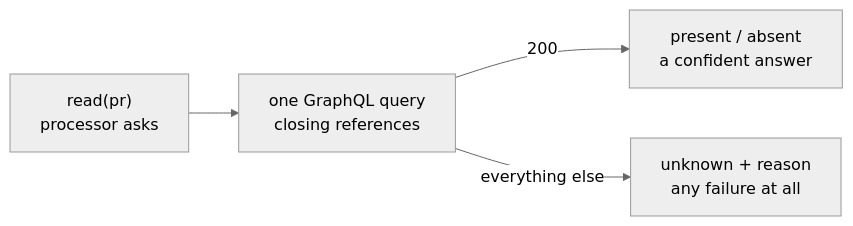
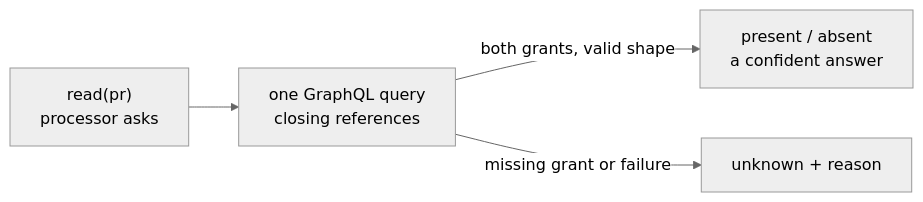
One commit to cheese-cakee/sdk-automations changed the second of 3 diagrams in design/guides/adapter.md. Above: the diagram before and after it, drawn with Mermaid (neutral theme). The commit also changed other lines of this file and 5 other files, not shown here.

````diff
--- a/design/guides/adapter.md
+++ b/design/guides/adapter.md
@@ -119,6 +121,6 @@
 ```mermaid
 flowchart LR
     R["read(pr)<br/>processor asks"] --> Q["one GraphQL query<br/>closing references"]
-    Q -->|200| OK["present / absent<br/>a confident answer"]
-    Q -->|"everything else"| UNK["unknown + reason<br/>any failure at all"]
+    Q -->|"both grants, valid shape"| OK["present / absent<br/>a confident answer"]
+    Q -->|"missing grant or failure"| UNK["unknown + reason"]
 ```
````
